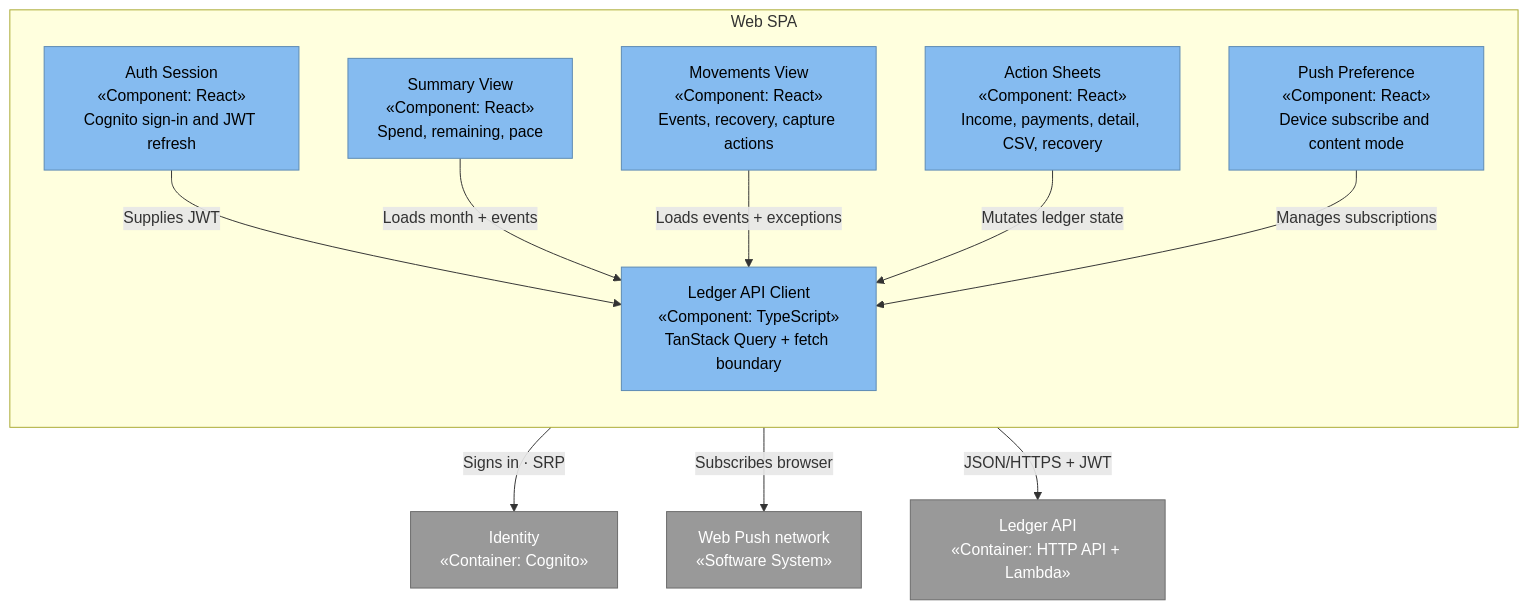
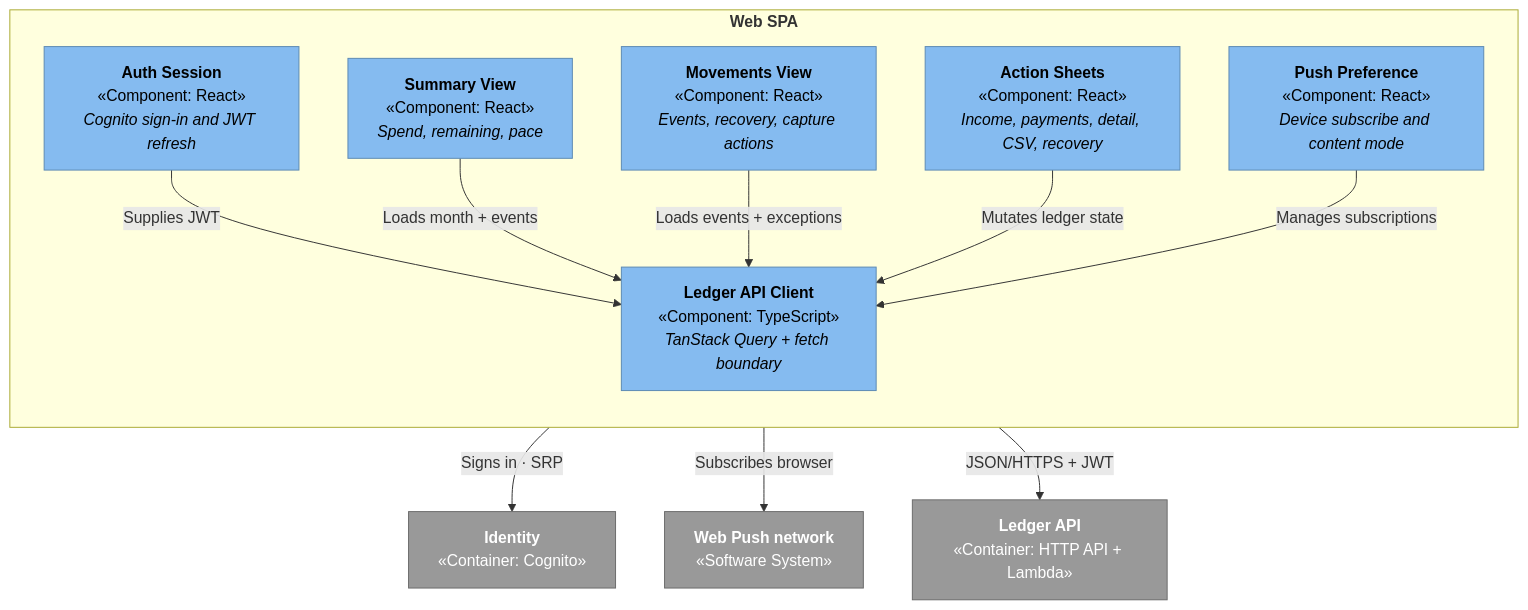
The fourth of 4 diagrams in docs/architecture.md (DavidCs9/personal-finance-system), drawn with Mermaid before and after one commit. The commit also changed other lines of this file and 1 other file, not shown here.

````diff
--- a/docs/architecture.md
+++ b/docs/architecture.md
@@ -191,31 +254,46 @@
 ```mermaid
 flowchart TB
   classDef component fill:#85BBF0,stroke:#5D8AB3,color:#000,stroke-width:1px
   classDef external fill:#999999,stroke:#6B6B6B,color:#fff,stroke-width:1px
 
-  cognito["Identity\n«Container: Cognito»"]
-  api["Ledger API\n«Container: HTTP API + Lambda»"]
-  webpush["Web Push network\n«Software System»"]
+  cognito["`**Identity**
+«Container: Cognito»`"]
+  api["`**Ledger API**
+«Container: HTTP API + Lambda»`"]
+  webpush["`**Web Push network**
+«Software System»`"]
 
-  subgraph spa["Web SPA"]
+  subgraph spa["`**Web SPA**`"]
     direction TB
-    auth["Auth Session\n«Component: React»\nCognito sign-in and JWT refresh"]
-    summary["Summary View\n«Component: React»\nSpend, remaining, pace"]
-    movements["Movements View\n«Component: React»\nEvents, recovery, capture actions"]
-    sheets["Action Sheets\n«Component: React»\nIncome, payments, detail, CSV, recovery"]
-    pushpref["Push Preference\n«Component: React»\nDevice subscribe and content mode"]
-    client["Ledger API Client\n«Component: TypeScript»\nTanStack Query + fetch boundary"]
+    auth["`**Auth Session**
+«Component: React»
+_Cognito sign-in and JWT refresh_`"]
+    summary["`**Summary View**
+«Component: React»
+_Spend, remaining, pace_`"]
+    movements["`**Movements View**
+«Component: React»
+_Events, recovery, capture actions_`"]
+    sheets["`**Action Sheets**
+«Component: React»
+_Income, payments, detail, CSV, recovery_`"]
+    pushpref["`**Push Preference**
+«Component: React»
+_Device subscribe and content mode_`"]
+    client["`**Ledger API Client**
+«Component: TypeScript»
+_TanStack Query + fetch boundary_`"]
   end
 
   auth -->|"Signs in · SRP"| cognito
   auth -->|"Supplies JWT"| client
   summary -->|"Loads month + events"| client
   movements -->|"Loads events + exceptions"| client
   sheets -->|"Mutates ledger state"| client
   pushpref -->|"Manages subscriptions"| client
   pushpref -->|"Subscribes browser"| webpush
   client -->|"JSON/HTTPS + JWT"| api
 
   class auth,summary,movements,sheets,pushpref,client component
   class cognito,api,webpush external
 ```
````
